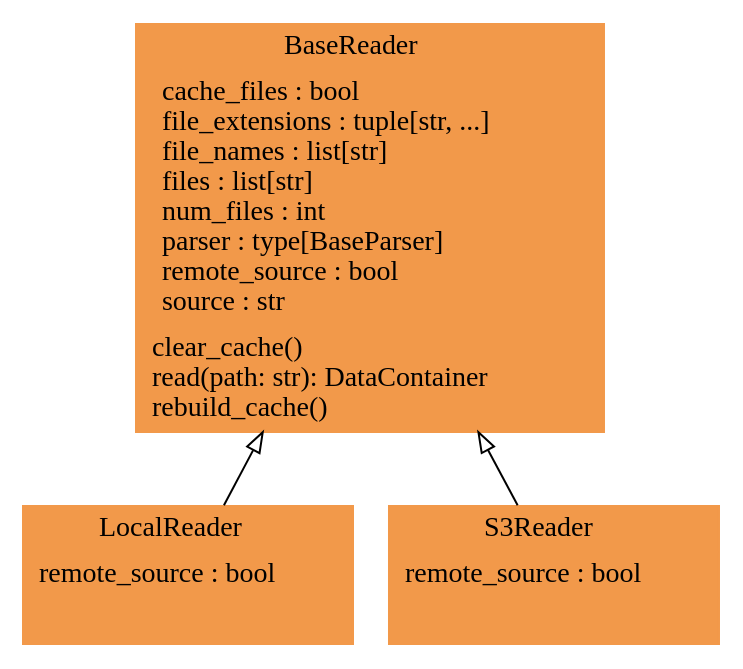
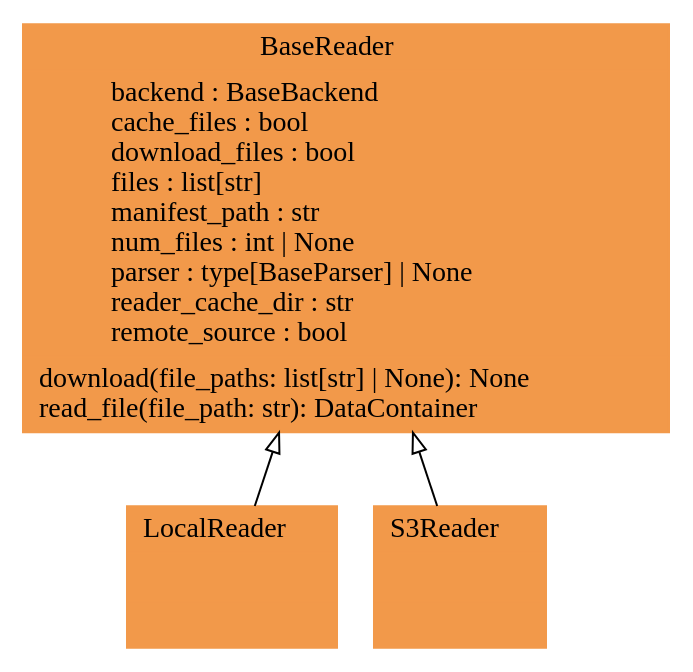
Before and after one commit to voidsy-gmbh/pyThermoNDT: the diagram in docs/pyreverse/graphviz/classes_pythermondt.readers.gv, drawn with Graphviz. The commit also changed 26 other files, not shown here.

```diff
--- a/docs/pyreverse/graphviz/classes_pythermondt.readers.gv
+++ b/docs/pyreverse/graphviz/classes_pythermondt.readers.gv
@@ -1,9 +1,9 @@
 digraph "classes_pythermondt.readers" {
 rankdir=BT
 charset="utf-8"
-"pythermondt.readers.base_reader.BaseReader" [color="#F2994A", fontcolor="black", label=<{BaseReader|cache_files : bool<br ALIGN="LEFT"/>file_extensions : tuple[str, ...]<br ALIGN="LEFT"/>file_names : list[str]<br ALIGN="LEFT"/>files : list[str]<br ALIGN="LEFT"/>num_files : int<br ALIGN="LEFT"/>parser : type[BaseParser]<br ALIGN="LEFT"/>remote_source : bool<br ALIGN="LEFT"/>source : str<br ALIGN="LEFT"/>|clear_cache()<br ALIGN="LEFT"/>read(path: str): DataContainer<br ALIGN="LEFT"/>rebuild_cache()<br ALIGN="LEFT"/>}>, shape="record", style="filled"];
-"pythermondt.readers.local_reader.LocalReader" [color="#F2994A", fontcolor="black", label=<{LocalReader|remote_source : bool<br ALIGN="LEFT"/>|}>, shape="record", style="filled"];
-"pythermondt.readers.s3_reader.S3Reader" [color="#F2994A", fontcolor="black", label=<{S3Reader|remote_source : bool<br ALIGN="LEFT"/>|}>, shape="record", style="filled"];
+"pythermondt.readers.base_reader.BaseReader" [color="#F2994A", fontcolor="black", label=<{BaseReader|backend : BaseBackend<br ALIGN="LEFT"/>cache_files : bool<br ALIGN="LEFT"/>download_files : bool<br ALIGN="LEFT"/>files : list[str]<br ALIGN="LEFT"/>manifest_path : str<br ALIGN="LEFT"/>num_files : int \| None<br ALIGN="LEFT"/>parser : type[BaseParser] \| None<br ALIGN="LEFT"/>reader_cache_dir : str<br ALIGN="LEFT"/>remote_source : bool<br ALIGN="LEFT"/>|download(file_paths: list[str] \| None): None<br ALIGN="LEFT"/>read_file(file_path: str): DataContainer<br ALIGN="LEFT"/>}>, shape="record", style="filled"];
+"pythermondt.readers.local_reader.LocalReader" [color="#F2994A", fontcolor="black", label=<{LocalReader|<br ALIGN="LEFT"/>|}>, shape="record", style="filled"];
+"pythermondt.readers.s3_reader.S3Reader" [color="#F2994A", fontcolor="black", label=<{S3Reader|<br ALIGN="LEFT"/>|}>, shape="record", style="filled"];
 "pythermondt.readers.local_reader.LocalReader" -> "pythermondt.readers.base_reader.BaseReader" [arrowhead="empty", arrowtail="none"];
 "pythermondt.readers.s3_reader.S3Reader" -> "pythermondt.readers.base_reader.BaseReader" [arrowhead="empty", arrowtail="none"];
 }
```
